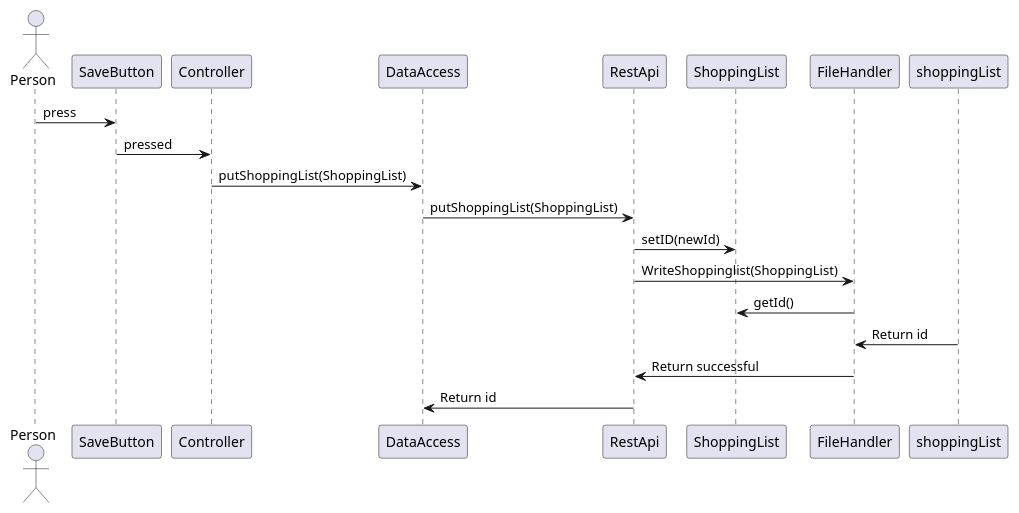
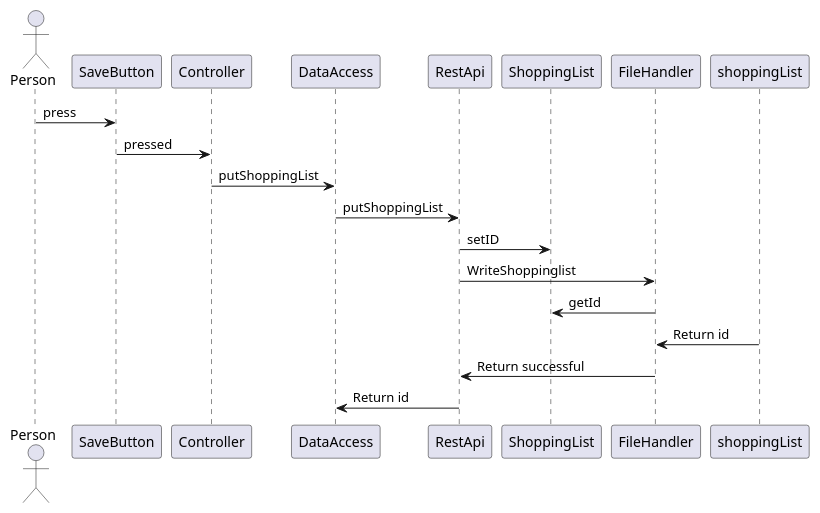
The diagram in README.md (Espenbfo/shopping-list-java-project), drawn with PlantUML before and after one commit.

Commit message:
Updates the Diagram in the README.md

````diff
--- a/README.md
+++ b/README.md
@@ -10,13 +10,13 @@
 ```plantuml
 actor Person
 Person -> SaveButton: press
 SaveButton -> Controller: pressed
-Controller -> DataAccess: putShoppingList(ShoppingList)
-DataAccess -> RestApi: putShoppingList(ShoppingList)
-RestApi -> ShoppingList: setID(newId)
-RestApi -> FileHandler: WriteShoppinglist(ShoppingList)
-FileHandler -> ShoppingList: getId()
+Controller -> DataAccess: putShoppingList
+DataAccess -> RestApi: putShoppingList
+RestApi -> ShoppingList: setID
+RestApi -> FileHandler: WriteShoppinglist
+FileHandler -> ShoppingList: getId
 shoppingList -> FileHandler: Return id
 FileHandler -> RestApi: Return successful
 RestApi -> DataAccess: Return id
 ```
````
